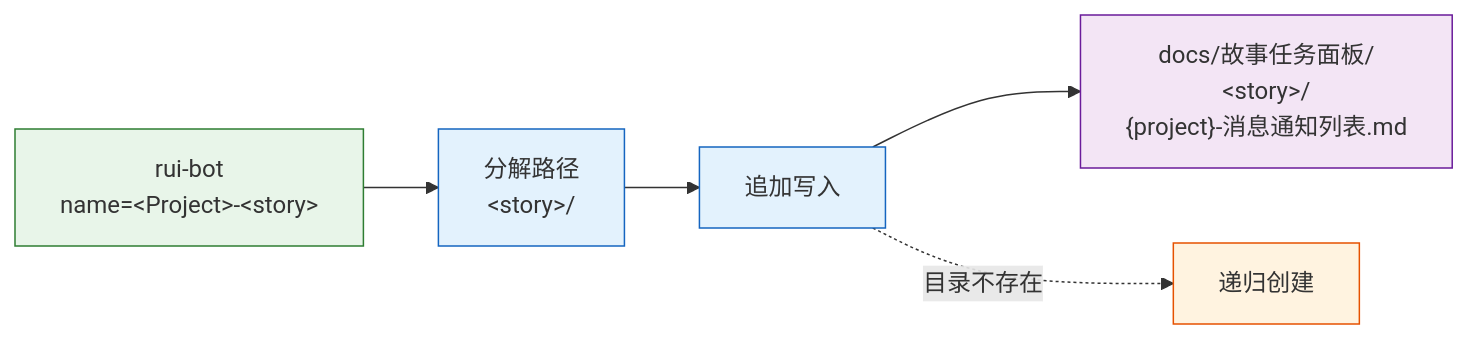
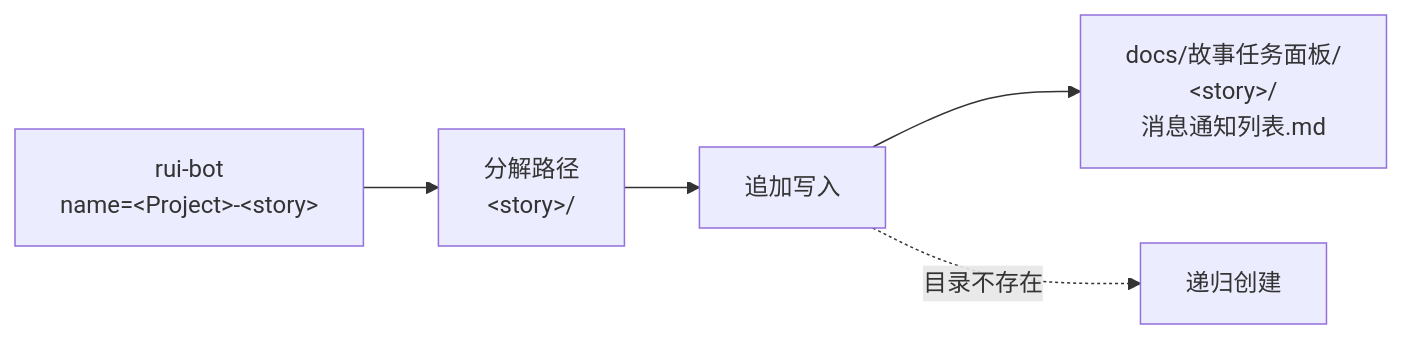
The fifth of 11 diagrams in skills/rui-bot/SKILL.md (effiy/YrY), drawn with Mermaid before and after one commit. The commit also changed other lines of this file and 61 other files, not shown here.

````diff
--- a/skills/rui-bot/SKILL.md
+++ b/skills/rui-bot/SKILL.md
@@ -199,13 +188,9 @@
 ```mermaid
 flowchart LR
     SEND["rui-bot<br/>name=&lt;Project&gt;-&lt;story&gt;"]:::src --> PARSE["分解路径<br/>&lt;story&gt;/"]:::op
     PARSE --> APPEND["追加写入"]:::op
-    APPEND --> FILE["docs/故事任务面板/<br/>&lt;story&gt;/<br/>{project}-消息通知列表.md"]:::file
+    APPEND --> FILE["docs/故事任务面板/<br/>&lt;story&gt;/<br/>消息通知列表.md"]:::file
 
     APPEND -.->|"目录不存在"| MKDIR["递归创建"]:::util
 
-    classDef src fill:#e8f5e9,stroke:#2e7d32;
-    classDef op fill:#e3f2fd,stroke:#1565c0;
-    classDef file fill:#f3e5f5,stroke:#6a1b9a;
-    classDef util fill:#fff3e0,stroke:#e65100;
 ```
````
